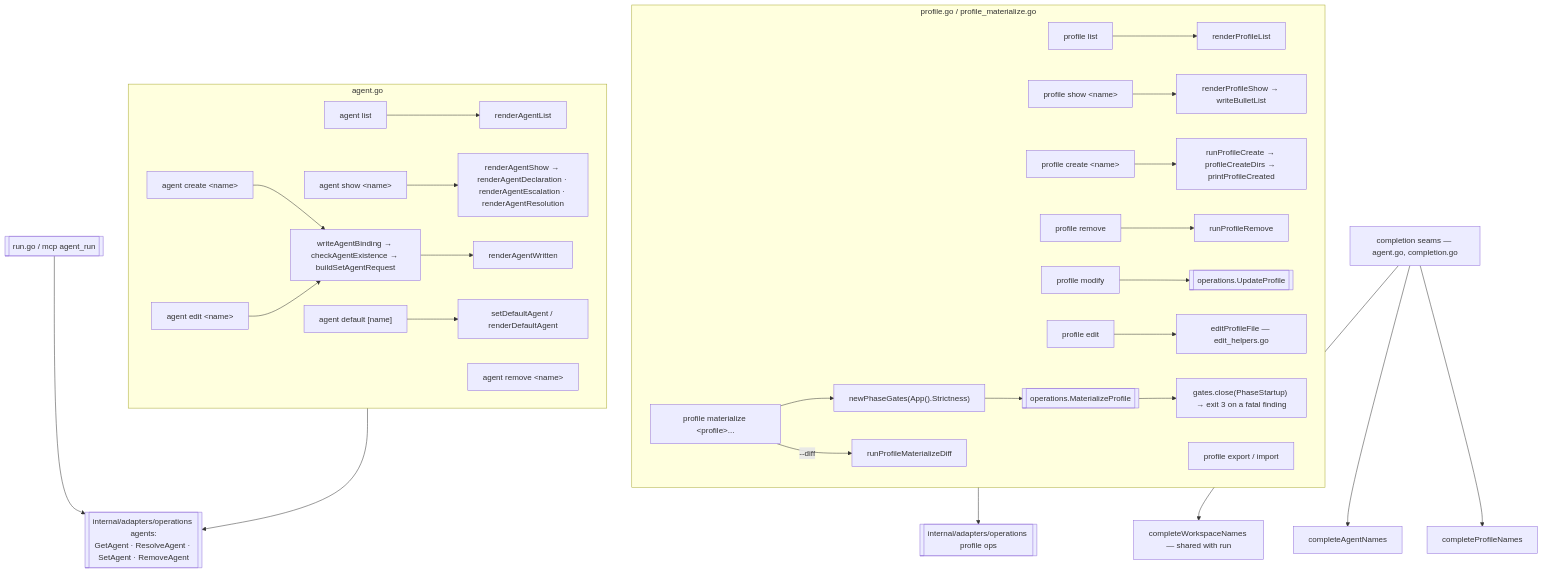
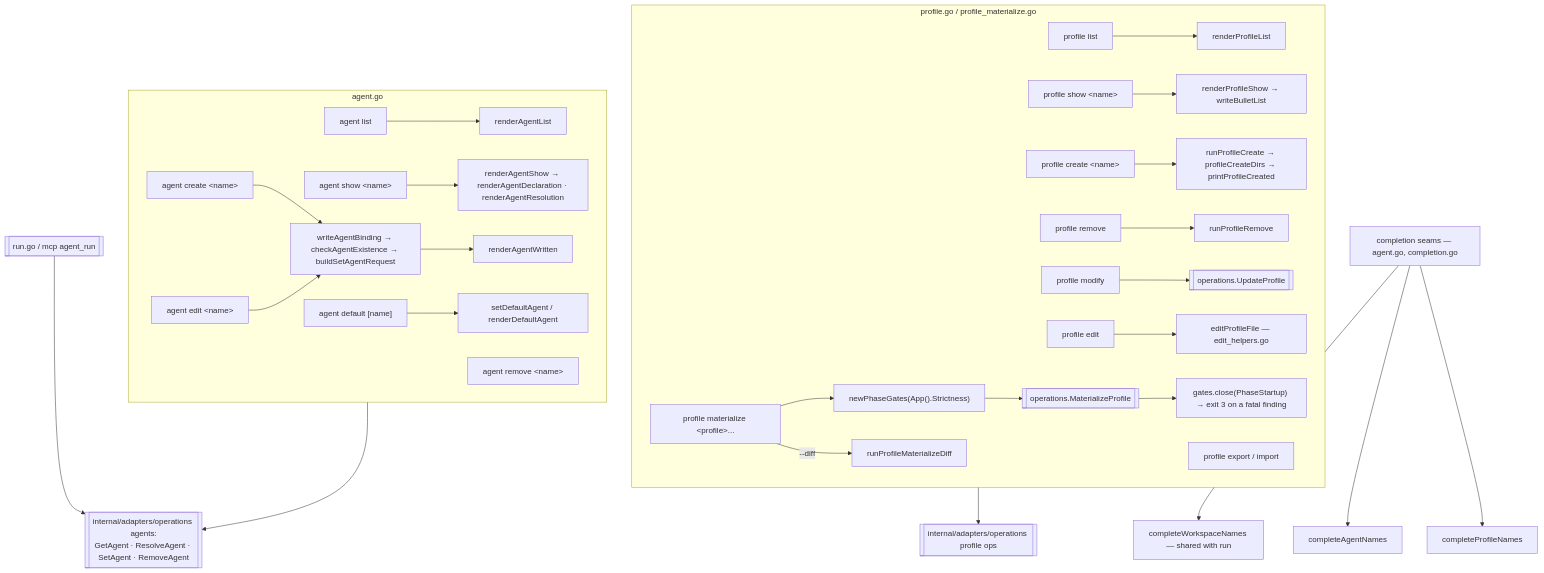
One commit to ctxloom/ctxloom changed the diagram in docs/architecture/cli/profiles-and-agents.md. Above: the diagram before and after it, drawn with Mermaid. The commit also changed 16 other files, not shown here.

````diff
--- a/docs/architecture/cli/profiles-and-agents.md
+++ b/docs/architecture/cli/profiles-and-agents.md
@@ -13,36 +13,36 @@
 ```mermaid
 flowchart TD
     subgraph prof["profile.go / profile_materialize.go"]
         PL["profile list"] --> RPL["renderProfileList"]
         PS["profile show &lt;name&gt;"] --> RPS["renderProfileShow → writeBulletList"]
         PC["profile create &lt;name&gt;"] --> RPC["runProfileCreate → profileCreateDirs → printProfileCreated"]
         PD["profile remove"] --> RPR["runProfileRemove"]
         PM["profile modify"] --> UPR[["operations.UpdateProfile"]]
         PE["profile edit"] --> EPF["editProfileFile — edit_helpers.go"]
         PX["profile export / import"]
         PMAT["profile materialize &lt;profile&gt;..."] --> GATES["newPhaseGates(App().Strictness)"] --> MP[["operations.MaterializeProfile"]] --> CLOSE["gates.close(PhaseStartup) → exit 3 on a fatal finding"]
         PMAT -->|"--diff"| PMD["runProfileMaterializeDiff"]
     end
 
     subgraph agent["agent.go"]
         AL["agent list"] --> RAL["renderAgentList"]
-        AS["agent show &lt;name&gt;"] --> RAS["renderAgentShow → renderAgentDeclaration · renderAgentEscalation · renderAgentResolution"]
+        AS["agent show &lt;name&gt;"] --> RAS["renderAgentShow → renderAgentDeclaration · renderAgentResolution"]
         AC["agent create &lt;name&gt;"] --> WAB["writeAgentBinding → checkAgentExistence → buildSetAgentRequest"]
         AE["agent edit &lt;name&gt;"] --> WAB
         WAB --> RAW["renderAgentWritten"]
         ADEF["agent default [name]"] --> SDA["setDefaultAgent / renderDefaultAgent"]
         AREM["agent remove &lt;name&gt;"]
     end
 
     OPSP[["internal/adapters/operations profile ops"]]
     OPSA[["internal/adapters/operations agents:<br/>GetAgent · ResolveAgent · SetAgent · RemoveAgent"]]
     prof --> OPSP
     agent --> OPSA
 
     COMP["completion seams — agent.go, completion.go"]
     COMP --> CWN["completeWorkspaceNames — shared with run"]
     COMP --> CAN["completeAgentNames"]
     COMP --> CPN["completeProfileNames"]
 
     RUN[["run.go / mcp agent_run"]] --> OPSA
 ```
````
